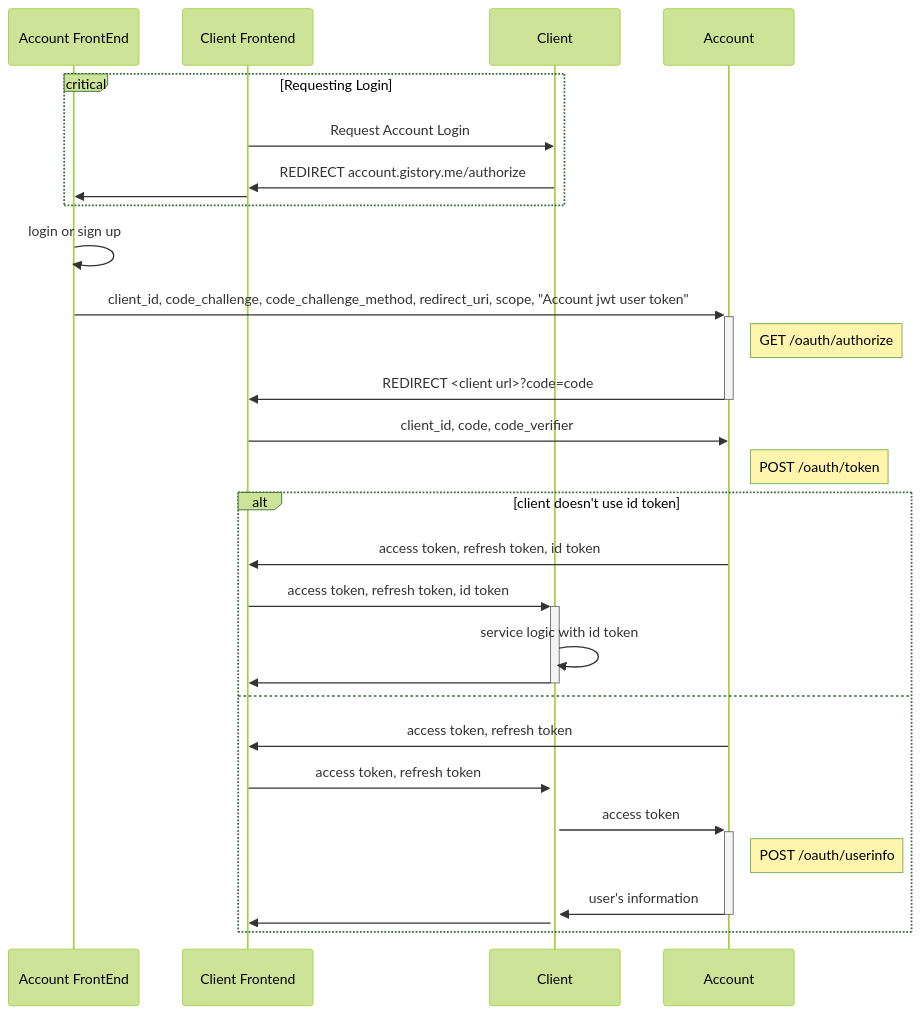
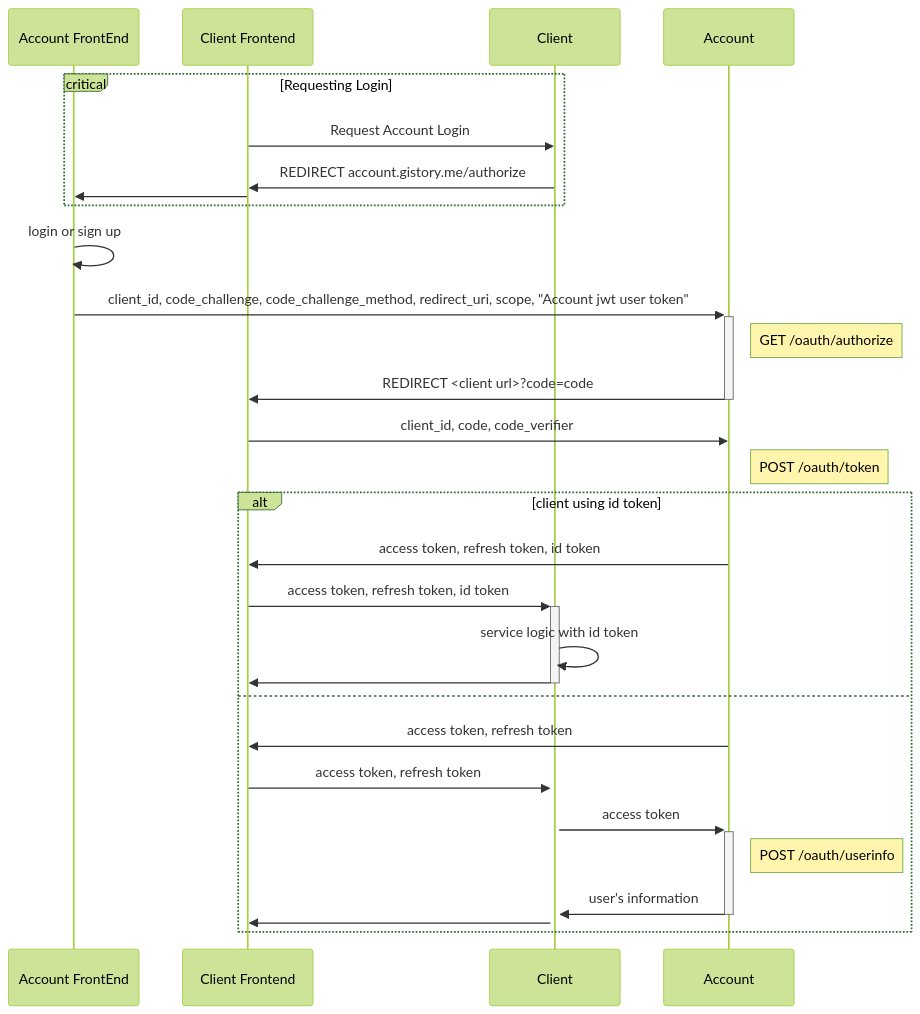
The first of 3 diagrams in README.md (gsainfoteam/idp-be), drawn with Mermaid (forest theme) before and after one commit.

Commit message:
docs: id token condition in README

````diff
--- a/README.md
+++ b/README.md
@@ -35,37 +35,37 @@
 ```mermaid
 sequenceDiagram
 participant AccountFe as Account FrontEnd
 participant ClientFe as Client Frontend
 participant Client
 participant Account
 
 critical Requesting Login
   ClientFe ->> Client: Request Account Login
   Client ->> ClientFe: REDIRECT account.gistory.me/authorize
   ClientFe ->> AccountFe:
 end
 
 AccountFe ->> AccountFe: login or sign up
 
 AccountFe ->>+ Account: client_id, code_challenge, code_challenge_method, redirect_uri, scope, "Account jwt user token"
 note right of Account: GET /oauth/authorize
 Account ->>- ClientFe: REDIRECT <client url>?code=code
 
 ClientFe ->> Account: client_id, code, code_verifier
 note right of Account: POST /oauth/token
 
-alt client doesn't use id token
+alt client using id token
   Account ->> ClientFe: access token, refresh token, id token
   ClientFe ->>+ Client: access token, refresh token, id token
   Client ->> Client: service logic with id token
   Client ->>- ClientFe:
 else
   Account ->> ClientFe: access token, refresh token
   ClientFe ->>+ Client: access token, refresh token
   Client ->>+ Account: access token
   note right of Account: POST /oauth/userinfo
   Account ->>- Client: user's information
   Client ->> ClientFe:
 end
 
 ```
````
